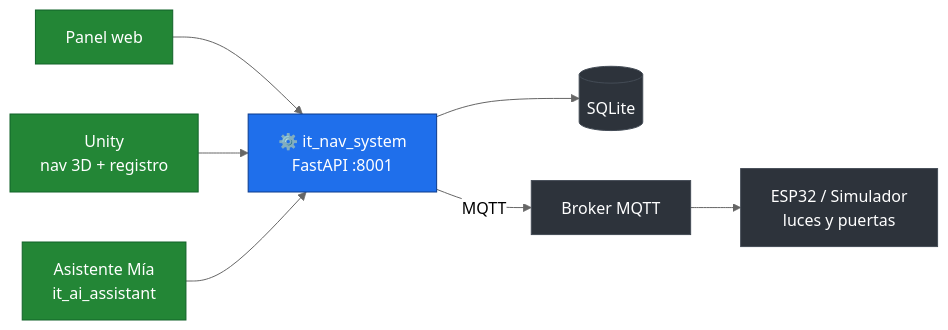
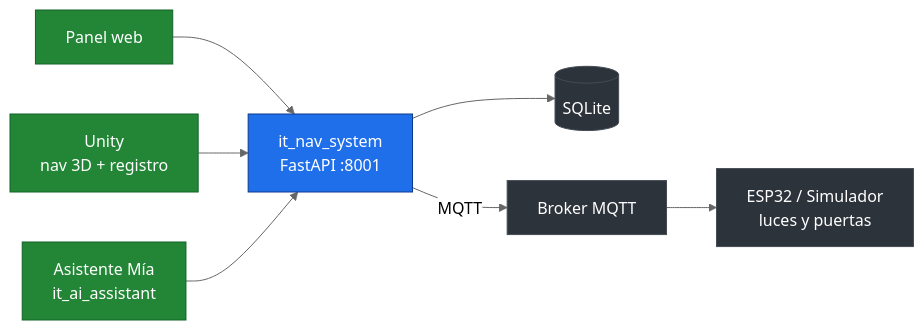
The first of 2 diagrams in README.md (JonathanTorres06/it_nav_system), drawn with Mermaid (neutral theme) before and after one commit.

Commit message:
/Ajuste en el README

````diff
--- a/README.md
+++ b/README.md
@@ -47,16 +47,16 @@
 ```mermaid
 flowchart LR
     panel["Panel web"] --> api
     unity["Unity<br/>nav 3D + registro"] --> api
     mia["Asistente Mía<br/>it_ai_assistant"] --> api
-    api["⚙️ it_nav_system<br/>FastAPI :8001"] --> db[("SQLite")]
+    api["it_nav_system<br/>FastAPI :8001"] --> db[("SQLite")]
     api -->|MQTT| broker["Broker MQTT"]
     broker --> esp["ESP32 / Simulador<br/>luces y puertas"]
 
     classDef core fill:#1f6feb,stroke:#0b3a8c,color:#fff;
     classDef cli fill:#238636,stroke:#116329,color:#fff;
     classDef ext fill:#2d333b,stroke:#444c56,color:#fff;
     class api core;
     class panel,unity,mia cli;
     class db,broker,esp ext;
 ```
````
